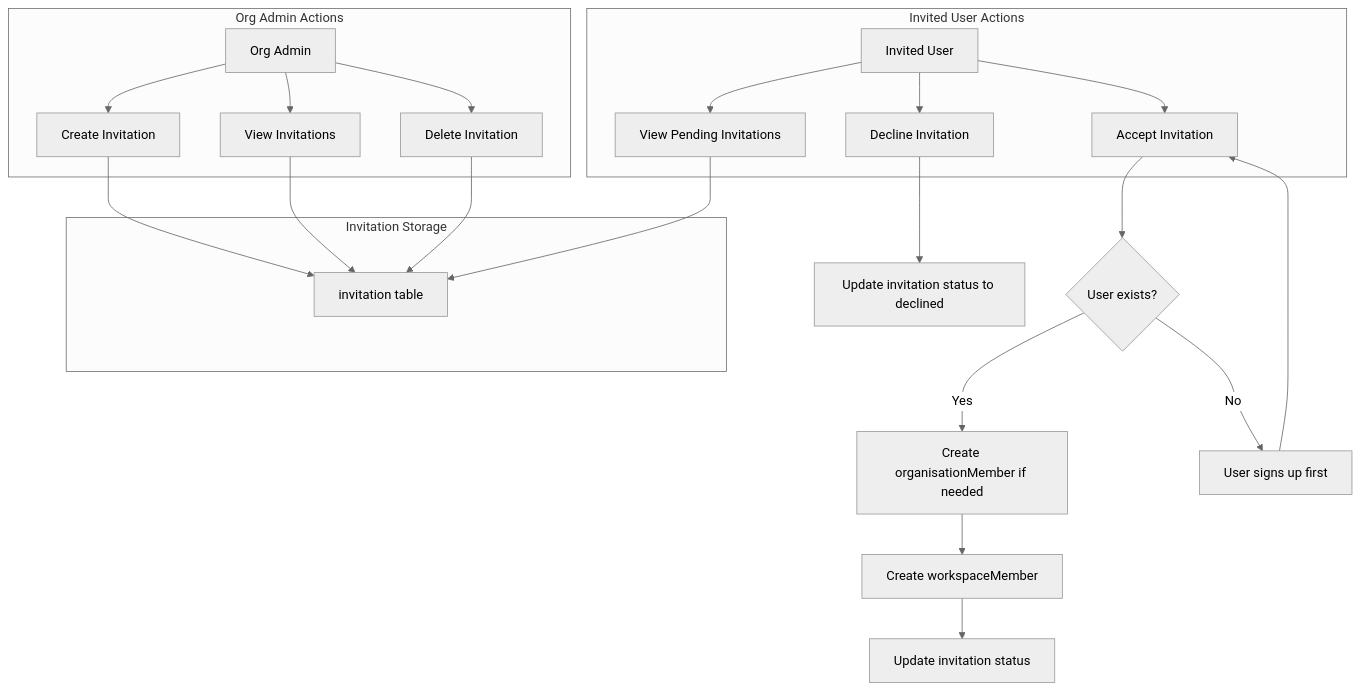
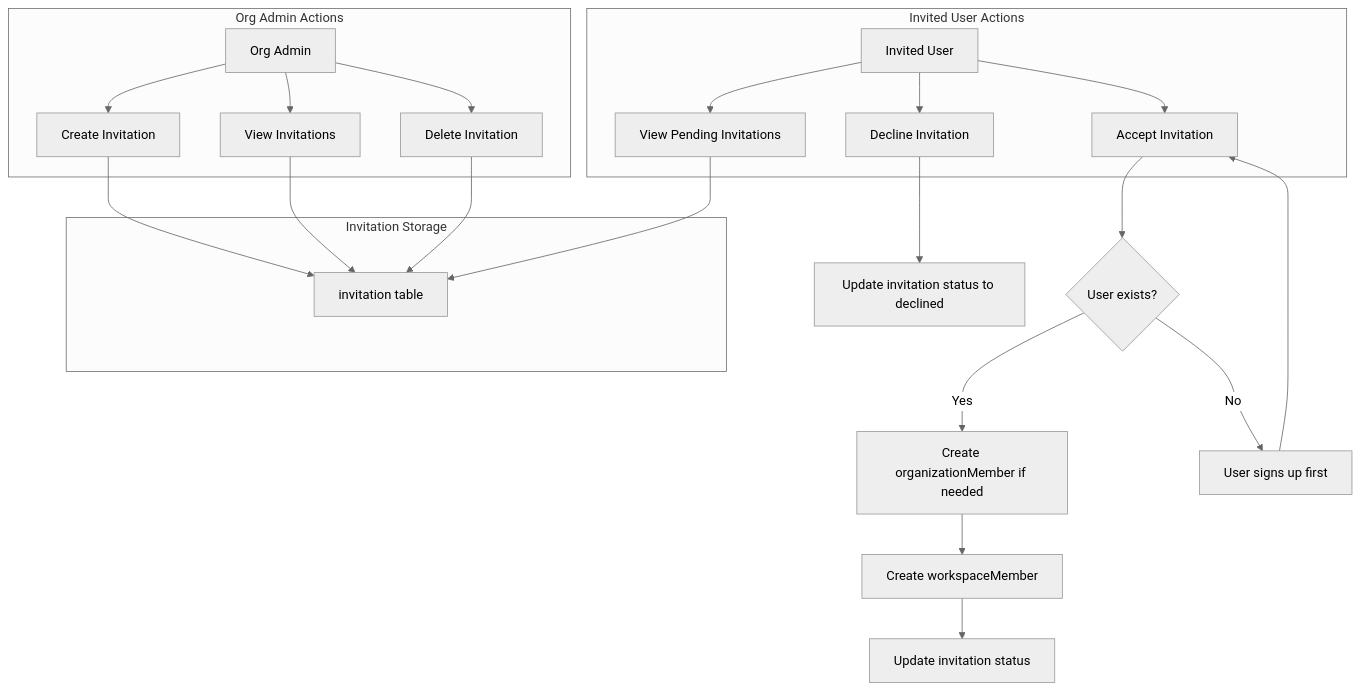
One commit to willdady/platypus changed the first of 2 diagrams in plans/invitation-feature.md. Above: the diagram before and after it, drawn with Mermaid (neutral theme). The commit also changed other lines of this file and 120 other files, not shown here.

Commit message:
fix(spelling): renamed all occurances of "organisation" to US spelling "organization"

````diff
--- a/plans/invitation-feature.md
+++ b/plans/invitation-feature.md
@@ -30,29 +30,29 @@
 ```mermaid
 flowchart TD
     subgraph Org Admin Actions
         A[Org Admin] --> B[Create Invitation]
         A --> C[View Invitations]
         A --> D[Delete Invitation]
     end
 
     subgraph Invitation Storage
         B --> E[invitation table]
         C --> E
         D --> E
     end
 
     subgraph Invited User Actions
         F[Invited User] --> G[View Pending Invitations]
         F --> H[Accept Invitation]
         F --> I[Decline Invitation]
     end
 
     G --> E
     H --> J{User exists?}
-    J -->|Yes| K[Create organisationMember if needed]
+    J -->|Yes| K[Create organizationMember if needed]
     K --> L[Create workspaceMember]
     L --> M[Update invitation status]
     J -->|No| N[User signs up first]
     N --> H
     I --> O[Update invitation status to declined]
 ```
````
